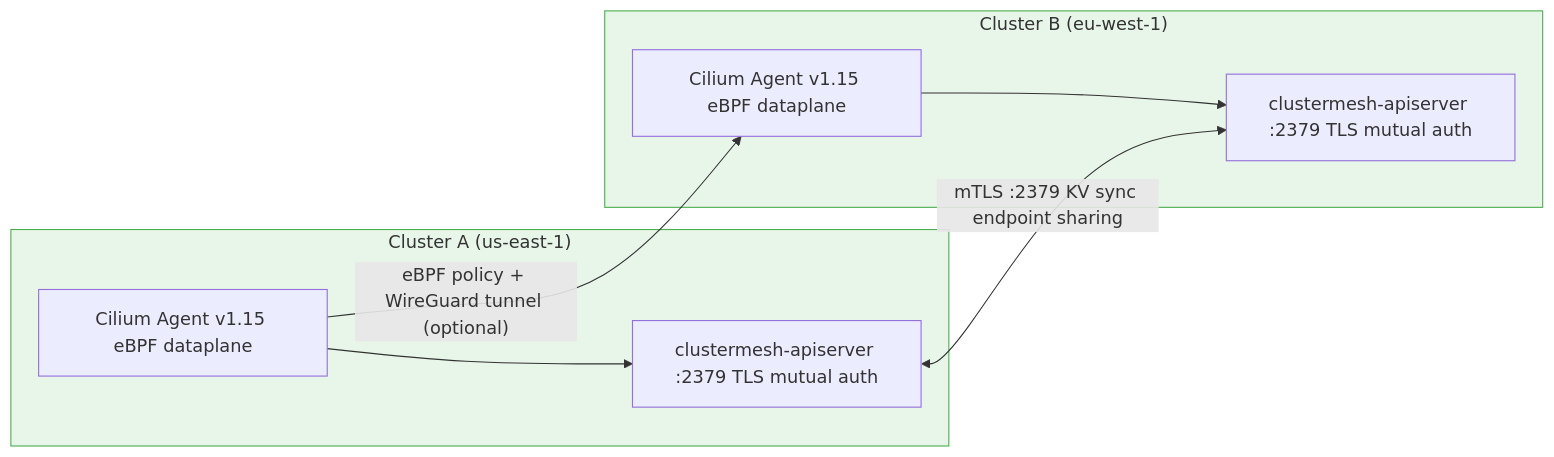
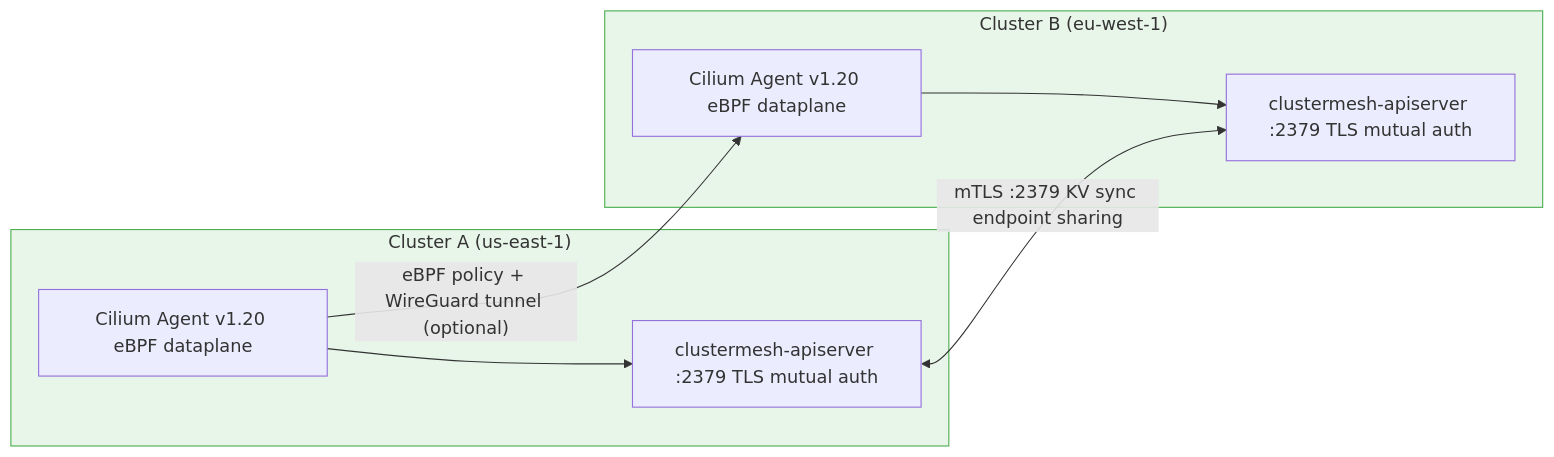
Before and after one commit to MykolaLebid/Kubernetes_networking_engineering: the third of 4 diagrams in lessons/22-multi-cluster-networking.md, drawn with Mermaid. The commit also changed 19 other files, not shown here.

````diff
--- a/lessons/22-multi-cluster-networking.md
+++ b/lessons/22-multi-cluster-networking.md
@@ -113,18 +113,18 @@
 ```mermaid
 flowchart LR
     subgraph ClusterA["Cluster A (us-east-1)"]
-        cilA["Cilium Agent v1.15 eBPF dataplane"]
+        cilA["Cilium Agent v1.20 eBPF dataplane"]
         etcdA["clustermesh-apiserver :2379 TLS mutual auth"]
         cilA --> etcdA
     end
     subgraph ClusterB["Cluster B (eu-west-1)"]
-        cilB["Cilium Agent v1.15 eBPF dataplane"]
+        cilB["Cilium Agent v1.20 eBPF dataplane"]
         etcdB["clustermesh-apiserver :2379 TLS mutual auth"]
         cilB --> etcdB
     end
     etcdA <--"mTLS :2379 KV sync endpoint sharing"--> etcdB
     cilA --"eBPF policy + WireGuard tunnel (optional)"--> cilB
 
     style ClusterA fill:#e8f5e9,stroke:#4CAF50
     style ClusterB fill:#e8f5e9,stroke:#4CAF50
 ```
````
